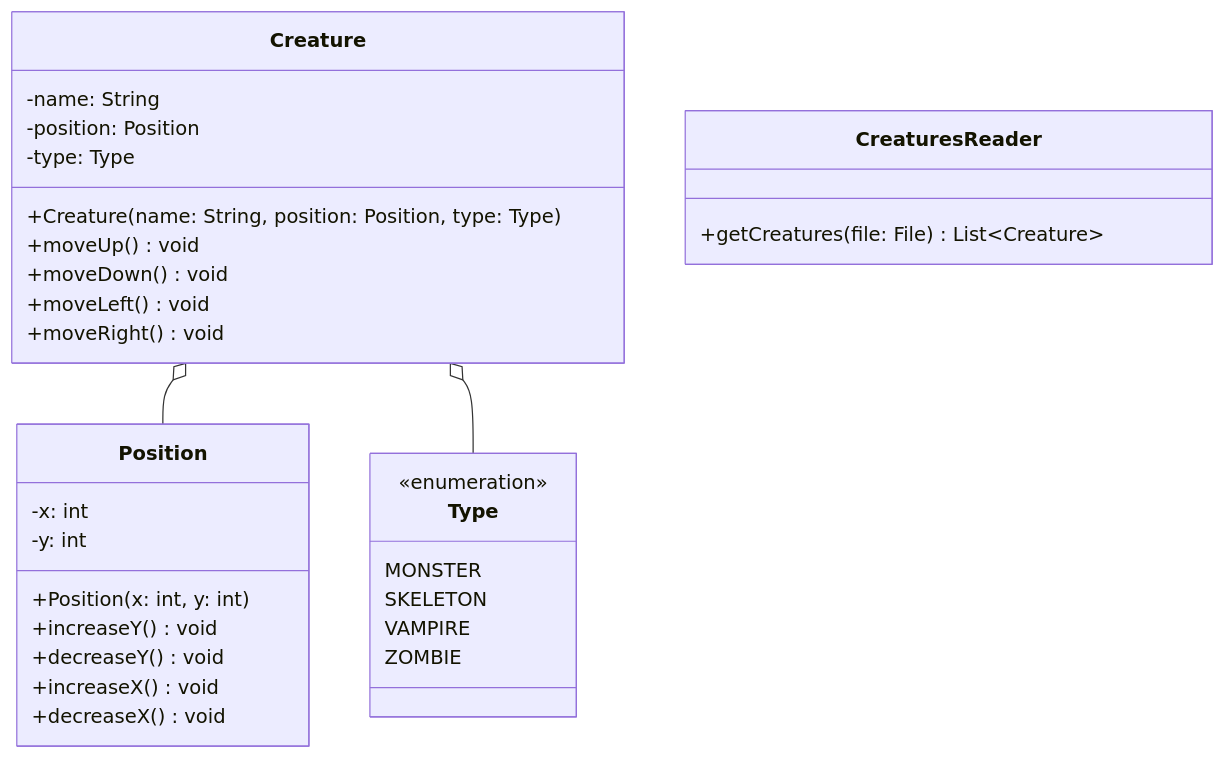
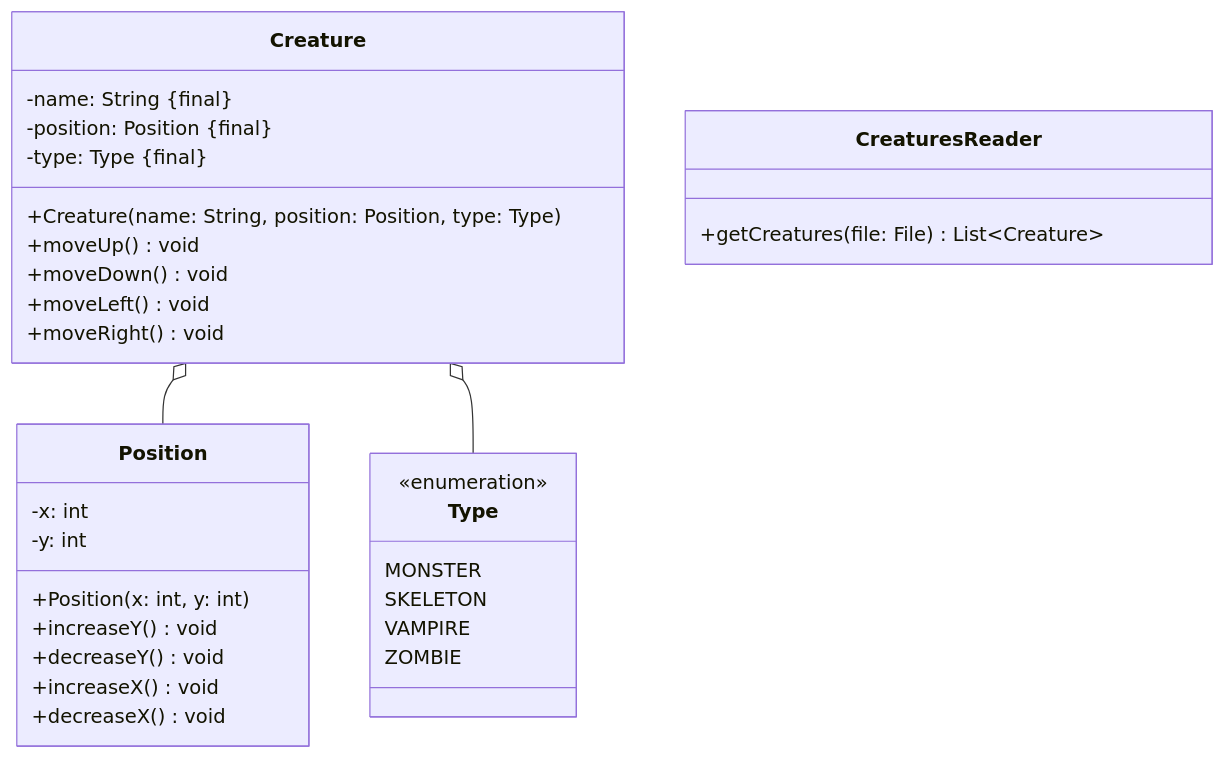
One commit to jappuccini/java-docs changed the diagram in docs/exam-exercises/exam-exercises-java1/creature.md. Above: the diagram before and after it, drawn with Mermaid. The commit also changed 24 other files, not shown here.

````diff
--- a/docs/exam-exercises/exam-exercises-java1/creature.md
+++ b/docs/exam-exercises/exam-exercises-java1/creature.md
@@ -12,38 +12,38 @@
 ```mermaid
 classDiagram
     Creature o-- Position
     Creature o-- Type
 
     class Creature {
-        -name: String
-        -position: Position
-        -type: Type
+        -name: String &#123final&#125
+        -position: Position &#123final&#125
+        -type: Type &#123final&#125
         +Creature(name: String, position: Position, type: Type)
         +moveUp() void
         +moveDown() void
         +moveLeft() void
         +moveRight() void
     }
 
     class Type {
         <<enumeration>>
         MONSTER
         SKELETON
         VAMPIRE
         ZOMBIE
     }
 
     class Position {
         -x: int
         -y: int
         +Position(x: int, y: int)
         +increaseY() void
         +decreaseY() void
         +increaseX() void
         +decreaseX() void
     }
 
     class CreaturesReader {
         +getCreatures(file: File) List~Creature~
     }
 ```
````
